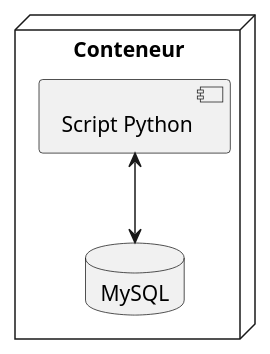
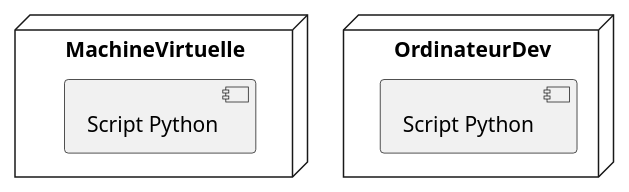
The diagram in docs/deployment.puml (theobrogrammer/log430-a25-labo0), drawn with PlantUML before and after one commit. The commit also changed 7 other files, not shown here.

```diff
--- a/docs/deployment.puml
+++ b/docs/deployment.puml
@@ -1,7 +1,8 @@
 @startuml
-  node Conteneur {
+  node MachineVirtuelle {
     component "Script Python" 
-    database "MySQL"
-    "Script Python" <--> "MySQL"
+  }
+  node OrdinateurDev {
+    component "Script Python " 
   }
 @enduml
```
